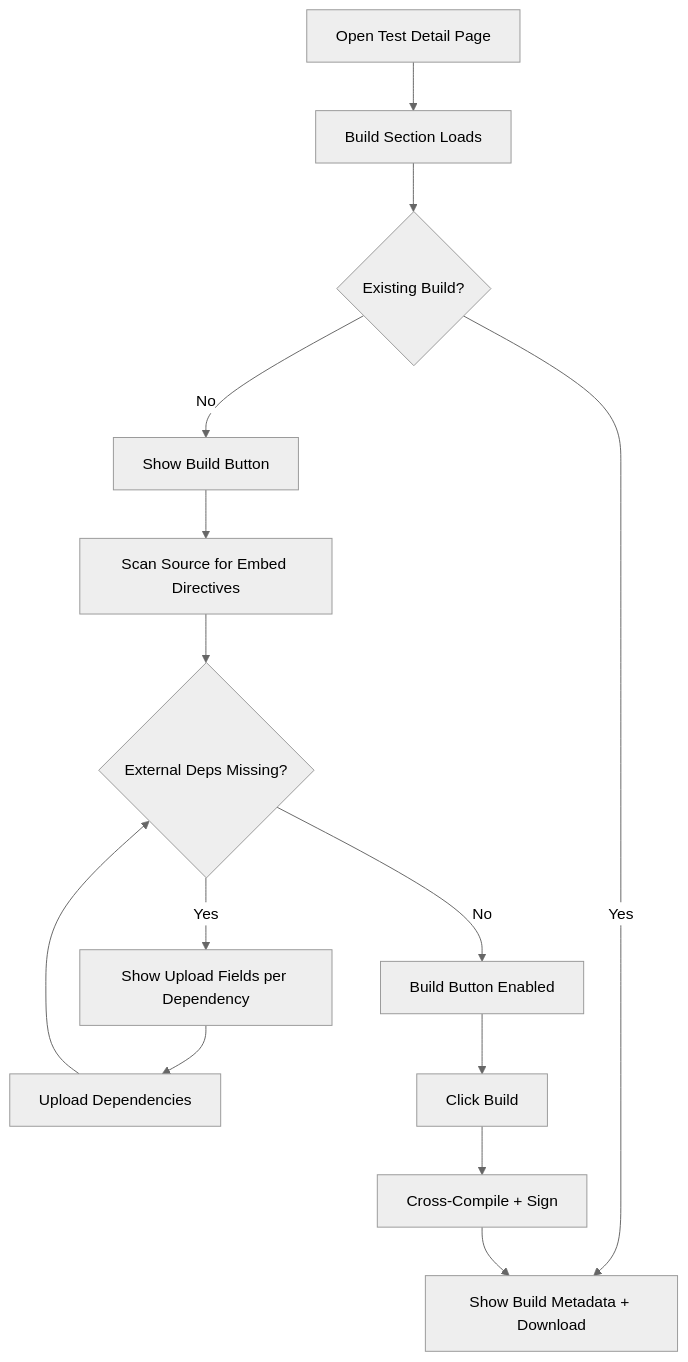
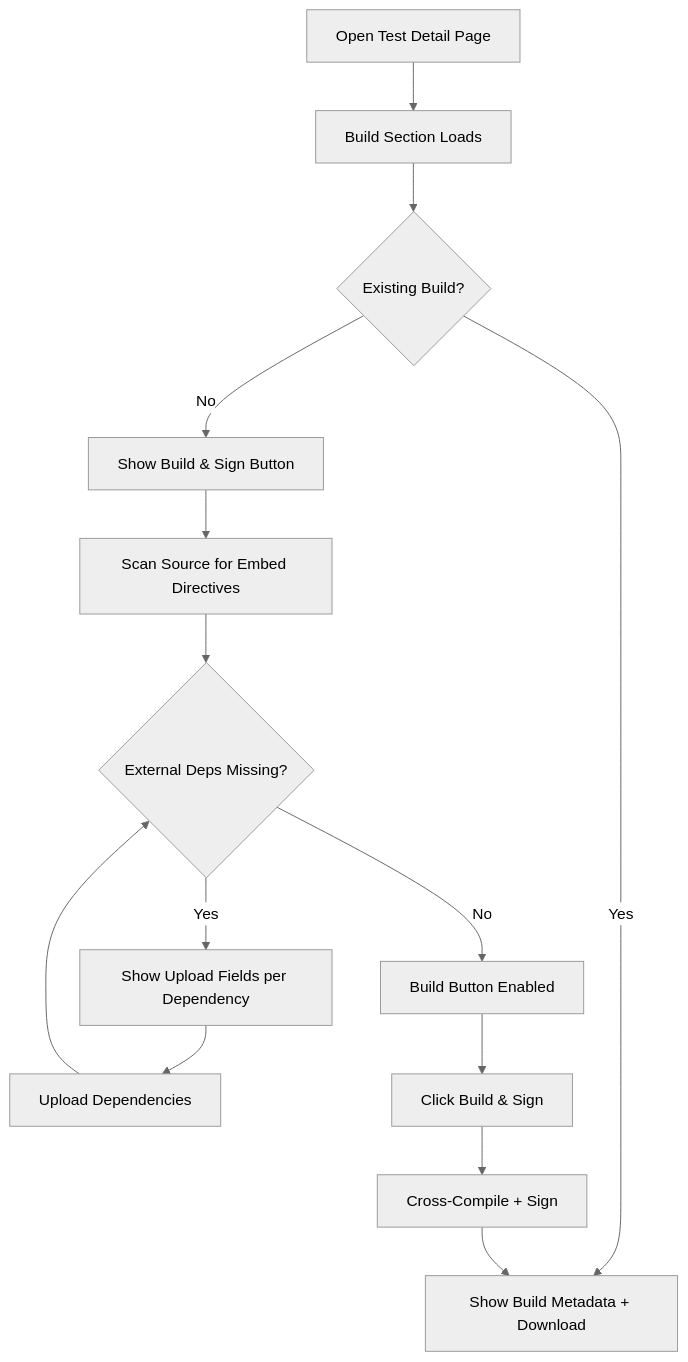
One commit to projectachilles/ProjectAchilles changed the diagram in wiki/docs/user-guide/test-browser/building-signing.md. Above: the diagram before and after it, drawn with Mermaid (neutral theme). The commit also changed other lines of this file and 136 other files, not shown here.

````diff
--- a/wiki/docs/user-guide/test-browser/building-signing.md
+++ b/wiki/docs/user-guide/test-browser/building-signing.md
@@ -82,16 +101,16 @@
 ```mermaid
 graph TD
     A[Open Test Detail Page] --> B[Build Section Loads]
     B --> C{Existing Build?}
     C -->|Yes| D[Show Build Metadata + Download]
-    C -->|No| E[Show Build Button]
+    C -->|No| E[Show Build & Sign Button]
     E --> F[Scan Source for Embed Directives]
     F --> G{External Deps Missing?}
     G -->|Yes| H[Show Upload Fields per Dependency]
     H --> I[Upload Dependencies]
     I --> G
     G -->|No| J[Build Button Enabled]
-    J --> K[Click Build]
+    J --> K[Click Build & Sign]
     K --> L[Cross-Compile + Sign]
     L --> D
 ```
````
